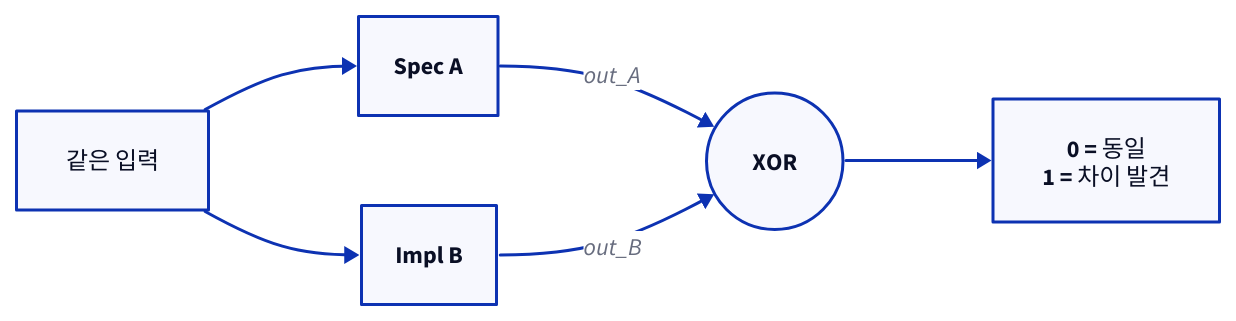
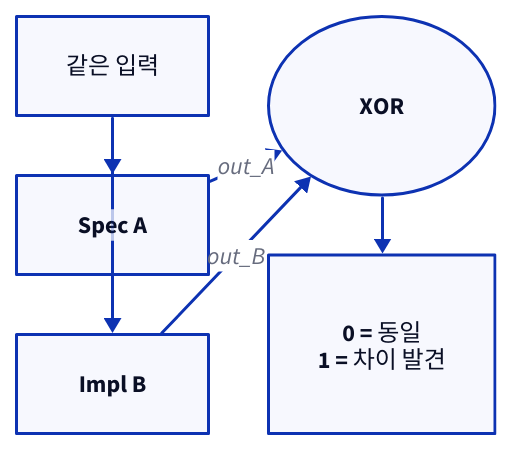
Before and after one commit to humbleowl39/DV_SKOOL: the fourth of 6 diagrams in topics/formal_verification/docs/01_formal_fundamentals.md, drawn with D2. The commit also changed other lines of this file and 90 other files, not shown here.

First line of the commit message:
docs: 전 토픽 다이어그램 정비 — ASCII→D2, mermaid→D2, 과대 D2 가시성 수정

````diff
--- a/topics/formal_verification/docs/01_formal_fundamentals.md
+++ b/topics/formal_verification/docs/01_formal_fundamentals.md
@@ -382,14 +371,14 @@
 ```d2
-direction: right
+grid-columns: 2
 
 IN: "같은 입력"
 SA: "Spec A"
+IB: "Impl B"
 IN -> SA
-IB: "Impl B"
 IN -> IB
 X: "XOR" { shape: circle }
 SA -> X: "out_A"
 IB -> X: "out_B"
 R: "0 = 동일\n1 = 차이 발견"
 X -> R
 ```
````
